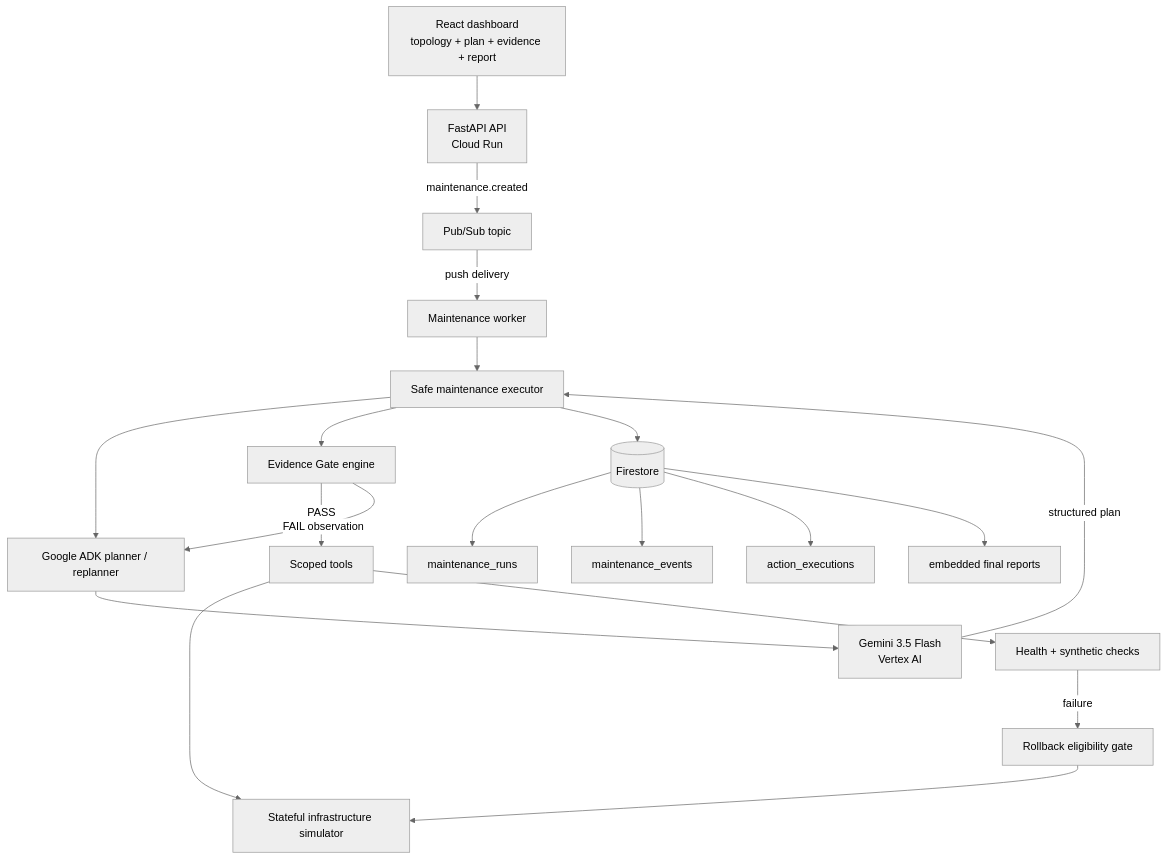
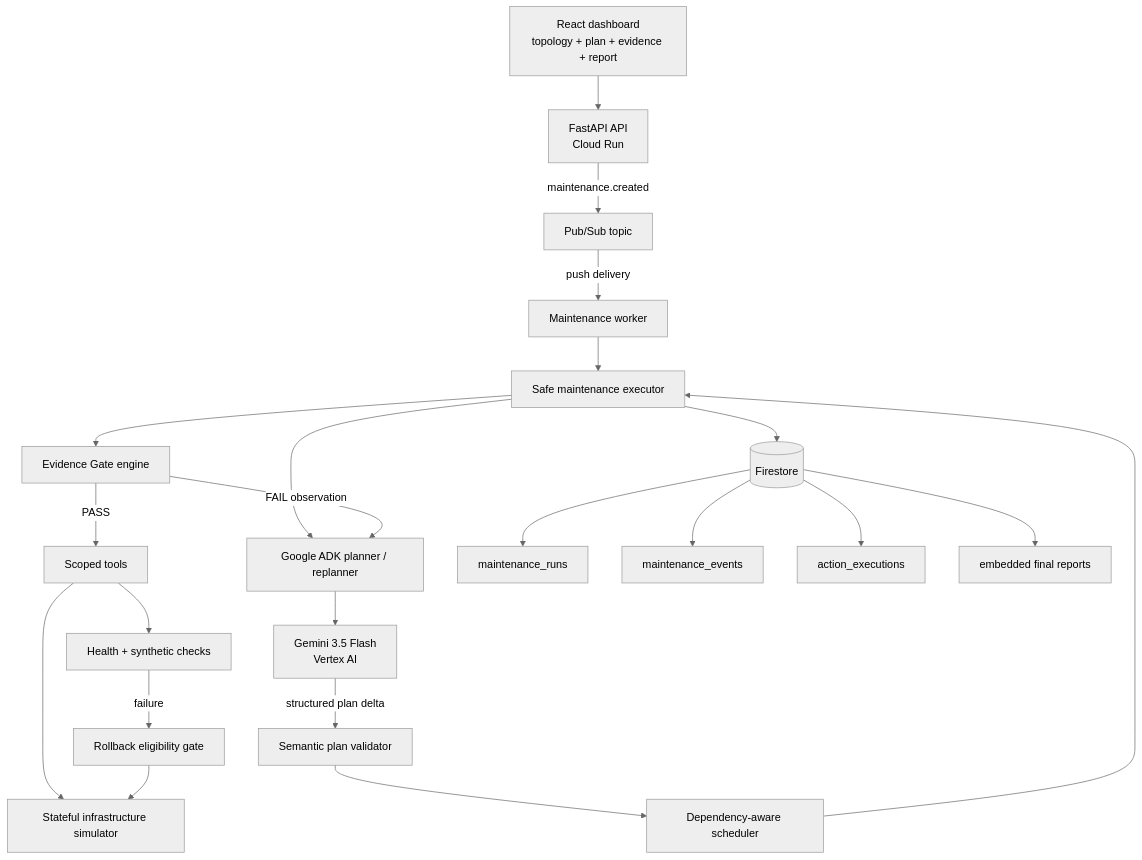
Before and after one commit to Zachiran42/0317-autonomous-maintenance: the diagram in docs/ARCHITECTURE.md, drawn with Mermaid (neutral theme). The commit also changed other lines of this file and 7 other files, not shown here.

Commit message:
docs: document adaptive agentic architecture

````diff
--- a/docs/ARCHITECTURE.md
+++ b/docs/ARCHITECTURE.md
@@ -5,22 +5,24 @@
 ```mermaid
 flowchart TD
     UI[React dashboard<br/>topology + plan + evidence + report] --> API[FastAPI API<br/>Cloud Run]
     API -->|maintenance.created| PUB[Pub/Sub topic]
     PUB -->|push delivery| WORKER[Maintenance worker]
     WORKER --> EXEC[Safe maintenance executor]
     EXEC --> ADK[Google ADK planner / replanner]
     ADK --> GEMINI[Gemini 3.5 Flash<br/>Vertex AI]
-    GEMINI -->|structured plan| EXEC
+    GEMINI -->|structured plan delta| VALIDATE[Semantic plan validator]
+    VALIDATE --> SCHEDULE[Dependency-aware scheduler]
+    SCHEDULE --> EXEC
     EXEC --> GATE[Evidence Gate engine]
     GATE -->|PASS| TOOLS[Scoped tools]
     GATE -->|FAIL observation| ADK
     TOOLS --> SIM[Stateful infrastructure simulator]
     TOOLS --> VERIFY[Health + synthetic checks]
     VERIFY -->|failure| ROLLBACK[Rollback eligibility gate]
     ROLLBACK --> SIM
     EXEC --> FIRESTORE[(Firestore)]
     FIRESTORE --> RUNS[maintenance_runs]
     FIRESTORE --> EVENTS[maintenance_events]
     FIRESTORE --> ACTIONS[action_executions]
     FIRESTORE --> REPORTS[embedded final reports]
 ```
````
